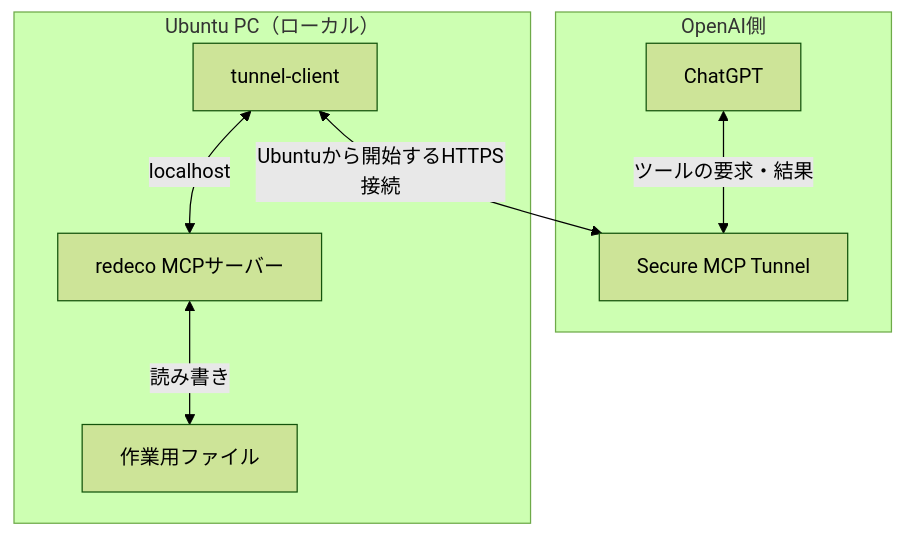
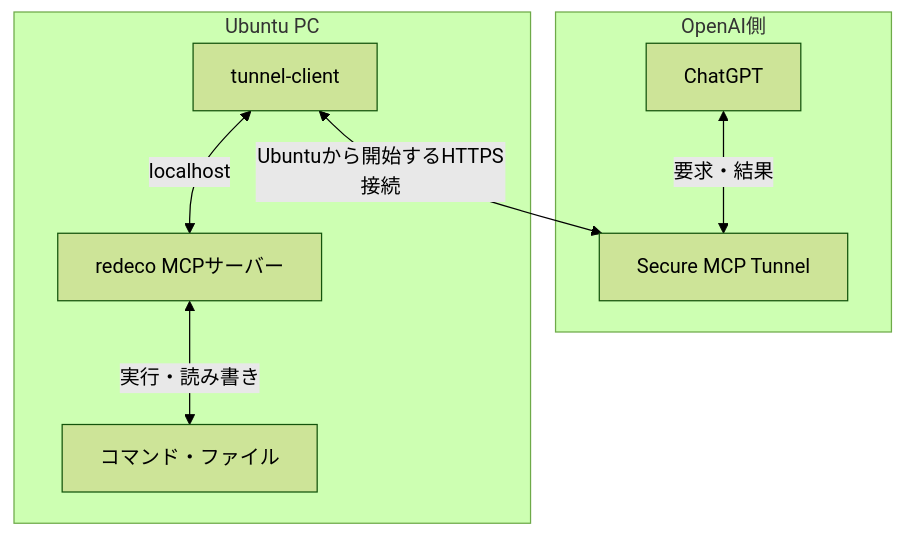
The diagram in README.md (kkoch5t2/redeco), drawn with Mermaid (forest theme) before and after one commit. The commit also changed other lines of this file and 1 other file, not shown here.

````diff
--- a/README.md
+++ b/README.md
@@ -7,16 +9,16 @@
 ```mermaid
 flowchart TB
     subgraph cloud["OpenAI側"]
         chat["ChatGPT"]
         tunnel["Secure MCP Tunnel"]
-        chat <-->|"ツールの要求・結果"| tunnel
+        chat <-->|"要求・結果"| tunnel
     end
-    subgraph local["Ubuntu PC（ローカル）"]
+    subgraph local["Ubuntu PC"]
         client["tunnel-client"]
         mcp["redeco MCPサーバー"]
-        files["作業用ファイル"]
+        files["コマンド・ファイル"]
         client <-->|"localhost"| mcp
-        mcp <-->|"読み書き"| files
+        mcp <-->|"実行・読み書き"| files
     end
     client <-->|"Ubuntuから開始するHTTPS接続"| tunnel
 ```
````
